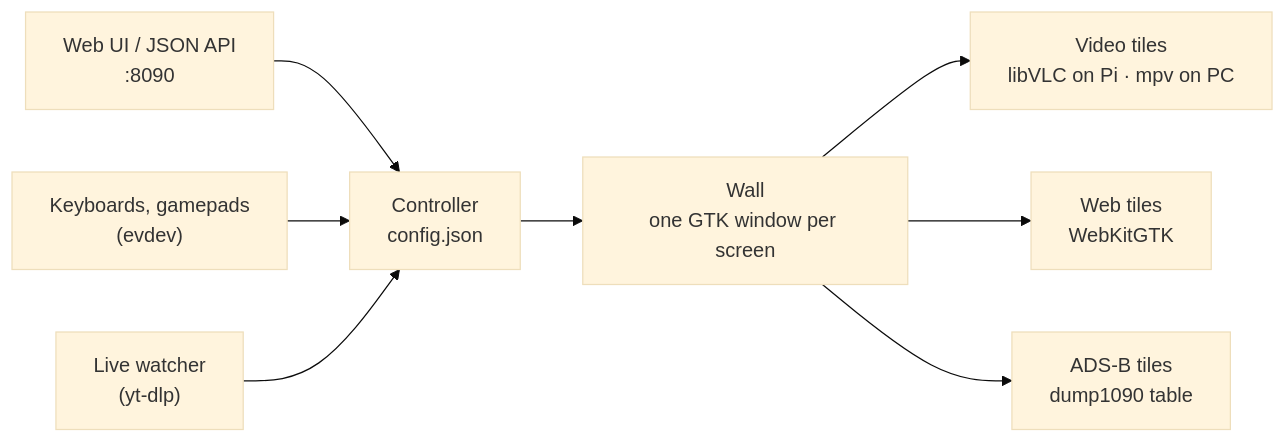
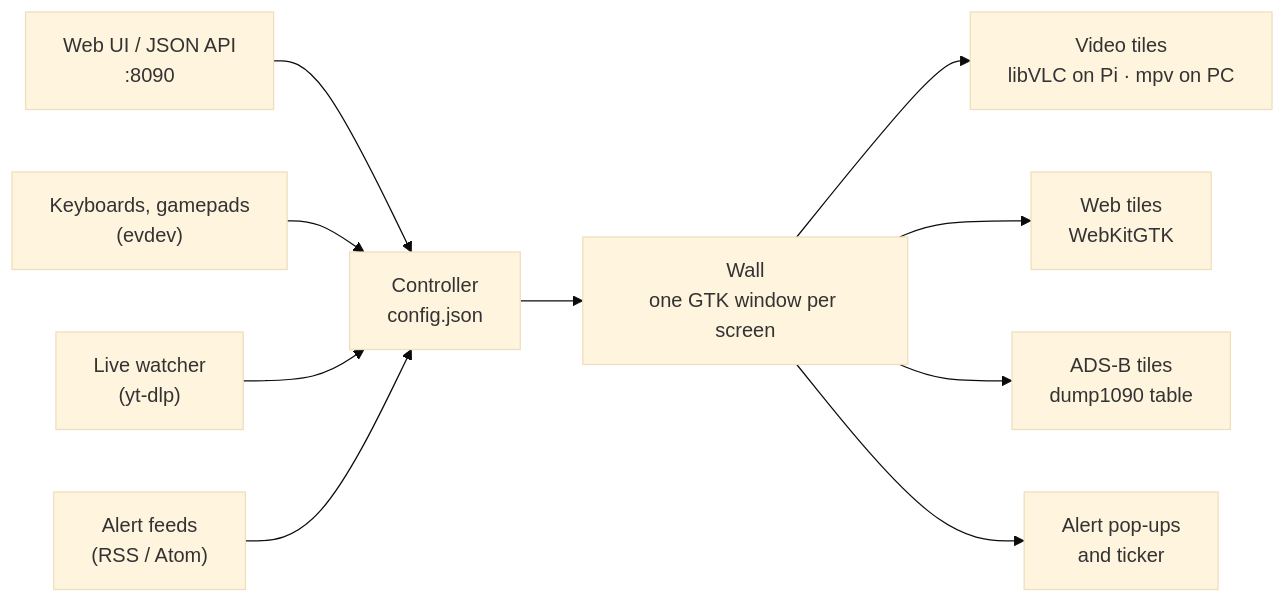
One commit to xPirate/WindoPane changed the diagram in README.md. Above: the diagram before and after it, drawn with Mermaid (base theme). The commit also changed other lines of this file and 39 other files, not shown here.

````diff
--- a/README.md
+++ b/README.md
@@ -96,10 +109,12 @@
 ```mermaid
 flowchart LR
     UI["Web UI / JSON API<br/>:8090"] --> C["Controller<br/>config.json"]
     K["Keyboards, gamepads<br/>(evdev)"] --> C
     LW["Live watcher<br/>(yt-dlp)"] --> C
+    RSS["Alert feeds<br/>(RSS / Atom)"] --> C
     C --> W["Wall<br/>one GTK window per screen"]
     W --> V["Video tiles<br/>libVLC on Pi · mpv on PC"]
     W --> P["Web tiles<br/>WebKitGTK"]
     W --> A["ADS-B tiles<br/>dump1090 table"]
+    W --> O["Alert pop-ups<br/>and ticker"]
 ```
````
